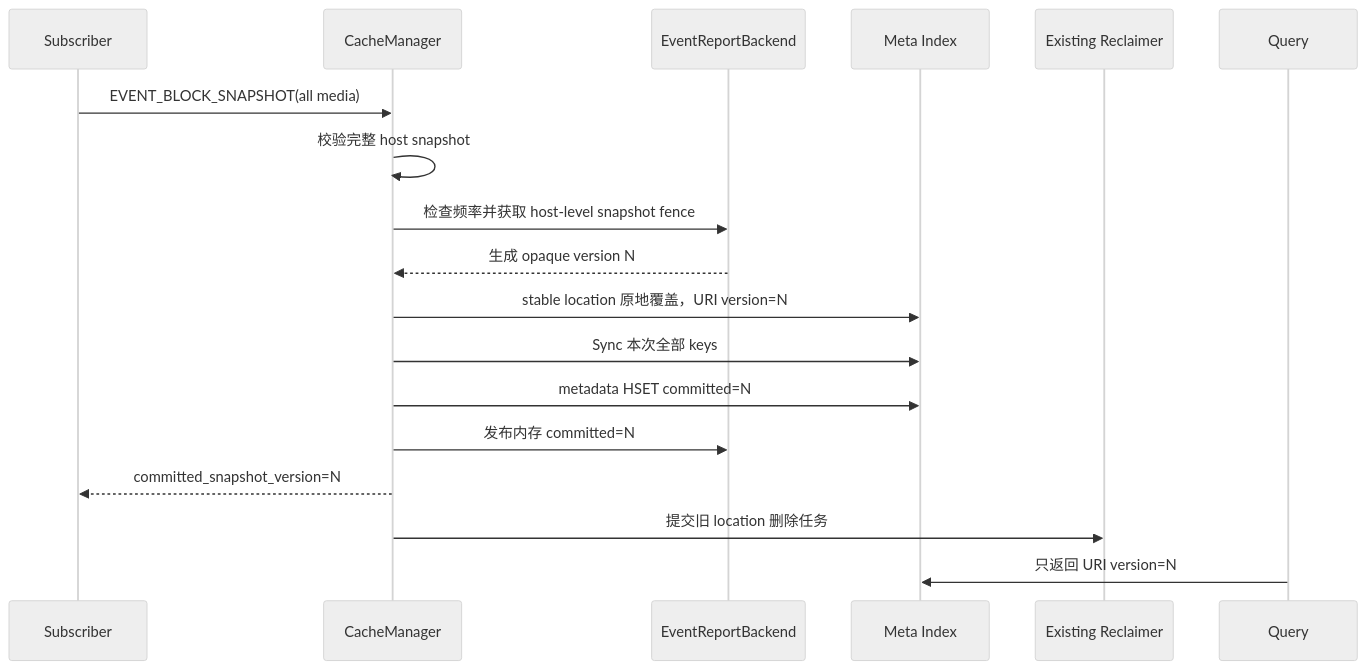
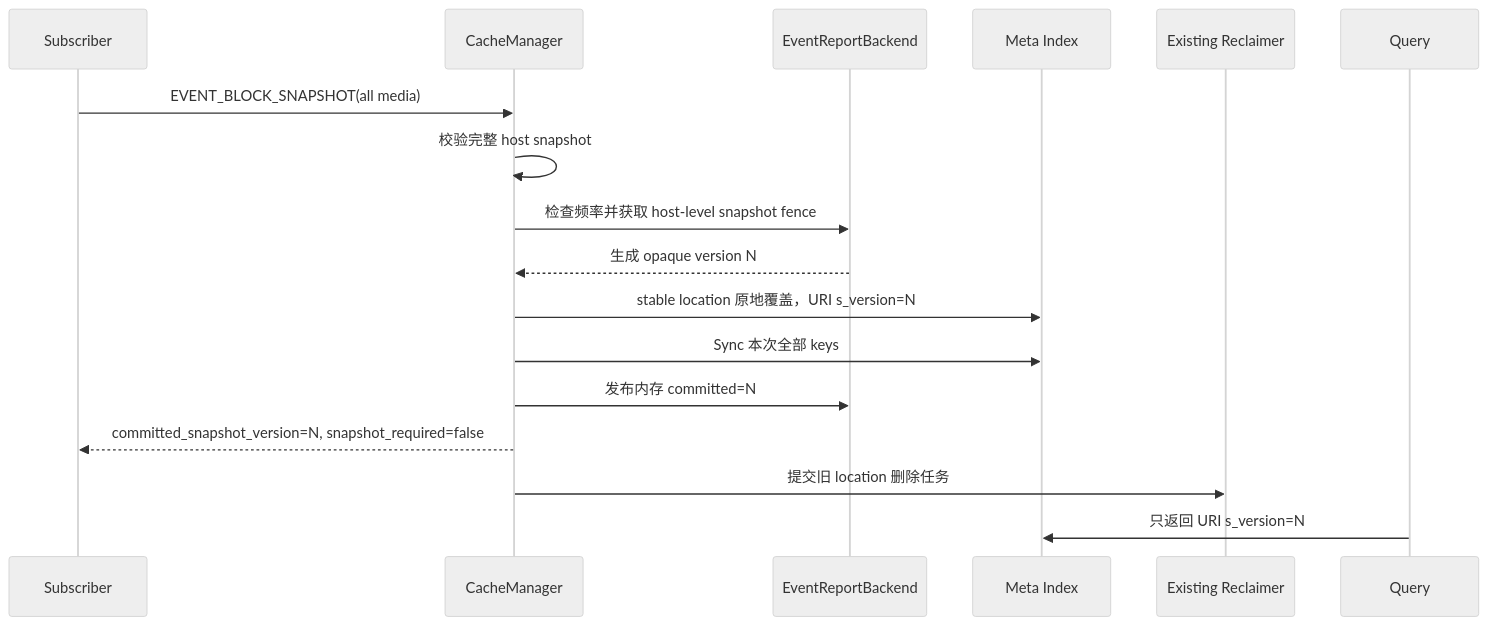
The second of 2 diagrams in docs/design/report_event_snapshot_uri_version.md (putaopi7/tair-kvcache), drawn with Mermaid (neutral theme) before and after one commit. The commit also changed other lines of this file and 13 other files, not shown here.

````diff
--- a/docs/design/report_event_snapshot_uri_version.md
+++ b/docs/design/report_event_snapshot_uri_version.md
@@ -299,21 +274,20 @@
 ```mermaid
 sequenceDiagram
     participant S as Subscriber
     participant C as CacheManager
     participant E as EventReportBackend
     participant M as Meta Index
     participant R as Existing Reclaimer
     participant Q as Query
 
     S->>C: EVENT_BLOCK_SNAPSHOT(all media)
     C->>C: 校验完整 host snapshot
     C->>E: 检查频率并获取 host-level snapshot fence
     E-->>C: 生成 opaque version N
-    C->>M: stable location 原地覆盖，URI version=N
+    C->>M: stable location 原地覆盖，URI s_version=N
     C->>M: Sync 本次全部 keys
-    C->>M: metadata HSET committed=N
     C->>E: 发布内存 committed=N
-    C-->>S: committed_snapshot_version=N
+    C-->>S: committed_snapshot_version=N, snapshot_required=false
     C->>R: 提交旧 location 删除任务
-    Q->>M: 只返回 URI version=N
+    Q->>M: 只返回 URI s_version=N
 ```
````
